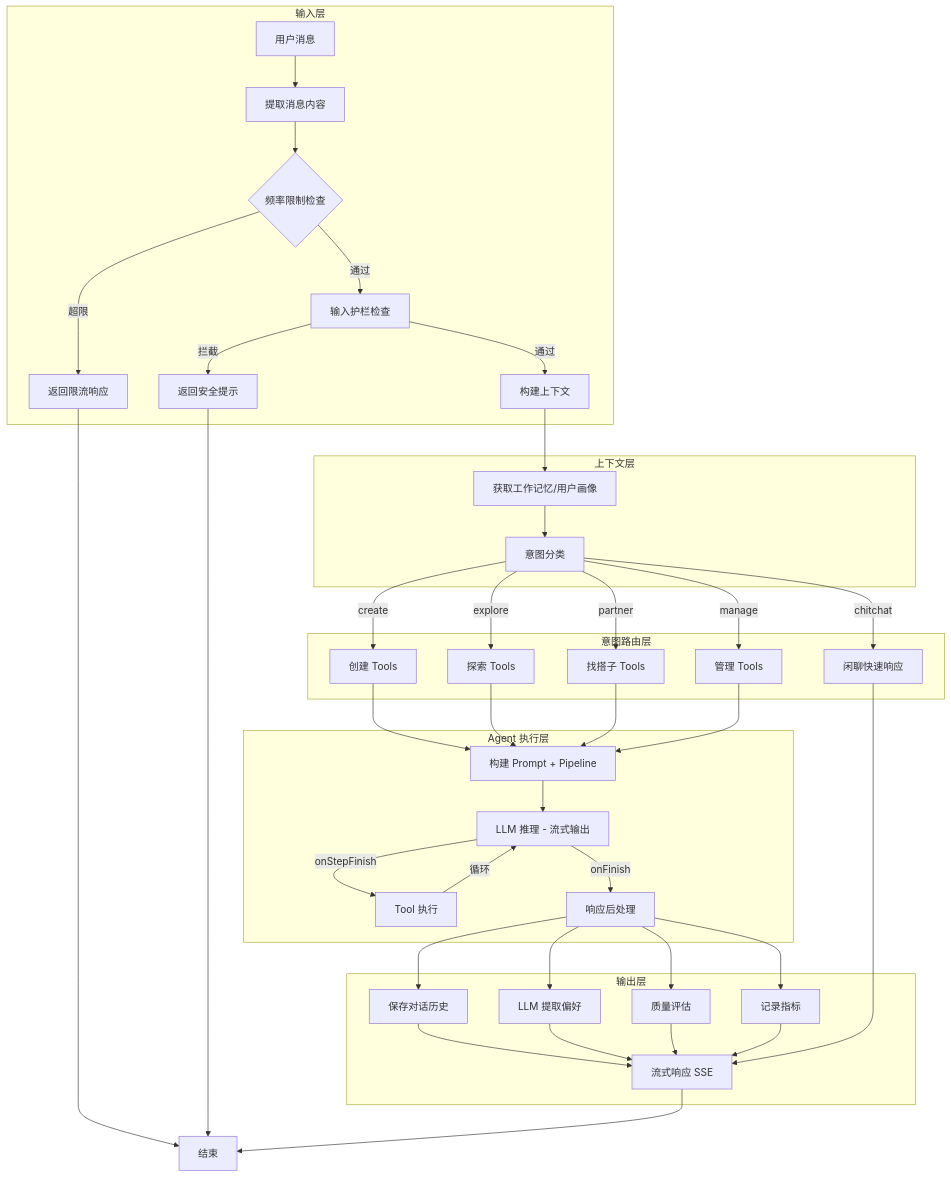
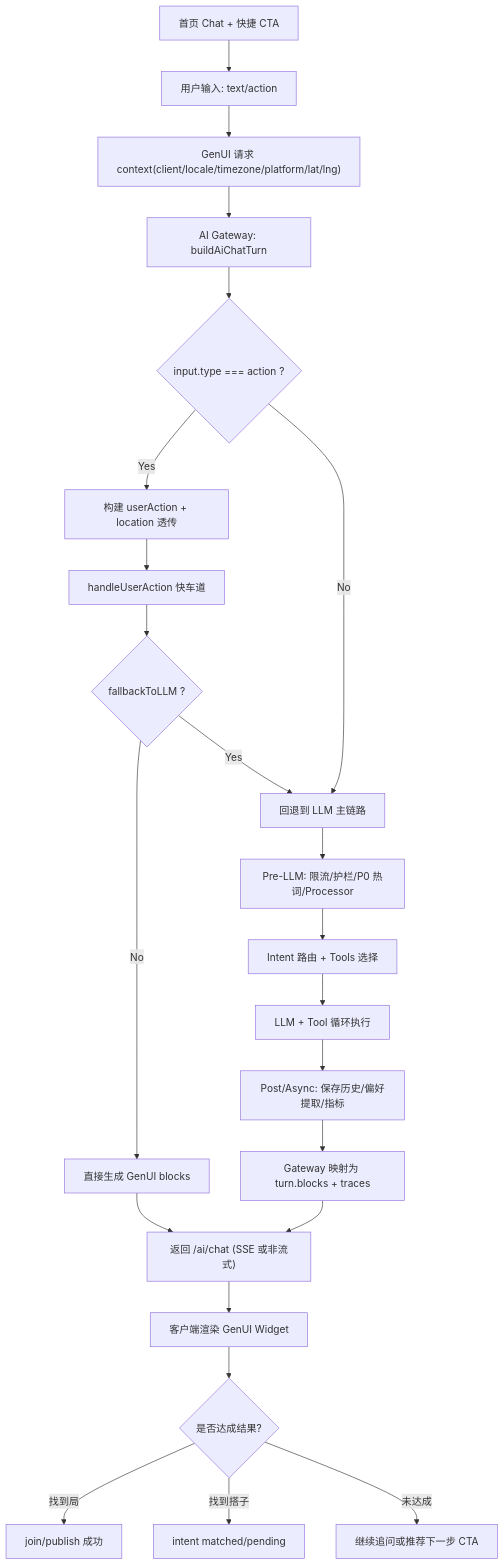
One commit to sylasxu/xu changed the first of 4 diagrams in docs/TAD.md. Above: the diagram before and after it, drawn with Mermaid. The commit also changed other lines of this file and 153 other files, not shown here.

````diff
--- a/docs/TAD.md
+++ b/docs/TAD.md
@@ -1904,45 +2009,29 @@
 ```mermaid
 flowchart TD
-    subgraph Input["输入层"]
-        A[用户消息] --> B[提取消息内容]
-        B --> C{频率限制检查}
-        C -->|超限| C1[返回限流响应]
-        C -->|通过| D[输入护栏检查]
-        D -->|拦截| D1[返回安全提示]
-        D -->|通过| E[构建上下文]
-    end
+    A["首页 Chat + 快捷 CTA"] --> B["用户输入: text/action"]
+    B --> C["GenUI 请求 context(client/locale/timezone/platform/lat/lng)"]
+    C --> D["AI Gateway: buildAiChatTurn"]
 
-    subgraph Context["上下文层"]
-        E --> F[获取工作记忆/用户画像]
-        F --> G[意图分类]
-    end
+    D --> E{"input.type === action ?"}
+    E -->|Yes| F["构建 userAction + location 透传"]
+    F --> G["handleUserAction 快车道"]
+    G --> H{"fallbackToLLM ?"}
+    H -->|No| I["直接生成 GenUI blocks"]
+    H -->|Yes| J["回退到 LLM 主链路"]
 
-    subgraph Intent["意图路由层"]
-        G -->|create| H1[创建 Tools]
-        G -->|explore| H2[探索 Tools]
-        G -->|partner| H3[找搭子 Tools]
-        G -->|manage| H4[管理 Tools]
-        G -->|chitchat| H5[闲聊快速响应]
-    end
+    E -->|No| J
 
-    subgraph Agent["Agent 执行层"]
-        H1 & H2 & H3 & H4 --> I[构建 Prompt + Pipeline]
-        I --> J[LLM 推理 - 流式输出]
-        J -->|onStepFinish| K[Tool 执行]
-        K -->|循环| J
-        J -->|onFinish| L[响应后处理]
-    end
+    J --> K["Pre-LLM: 限流/护栏/P0 热词/Processor"]
+    K --> L["Intent 路由 + Tools 选择"]
+    L --> M["LLM + Tool 循环执行"]
+    M --> N["Post/Async: 保存历史/偏好提取/指标"]
+    N --> O["Gateway 映射为 turn.blocks + traces"]
 
-    subgraph Output["输出层"]
-        L --> M1[保存对话历史]
-        L --> M2[LLM 提取偏好]
-        L --> M3[质量评估]
-        L --> M4[记录指标]
-        M1 & M2 & M3 & M4 --> N[流式响应 SSE]
-    end
-
-    H5 --> N
-    C1 --> END[结束]
-    D1 --> END
-    N --> END
+    I --> P["返回 /ai/chat (SSE 或非流式)"]
+    O --> P
+    P --> Q["客户端渲染 GenUI Widget"]
+    Q --> R{"是否达成结果?"}
+    R -->|找到局| S["join/publish 成功"]
+    R -->|找到搭子| T["intent matched/pending"]
+    R -->|未达成| U["继续追问或推荐下一步 CTA"]
 ```
````
